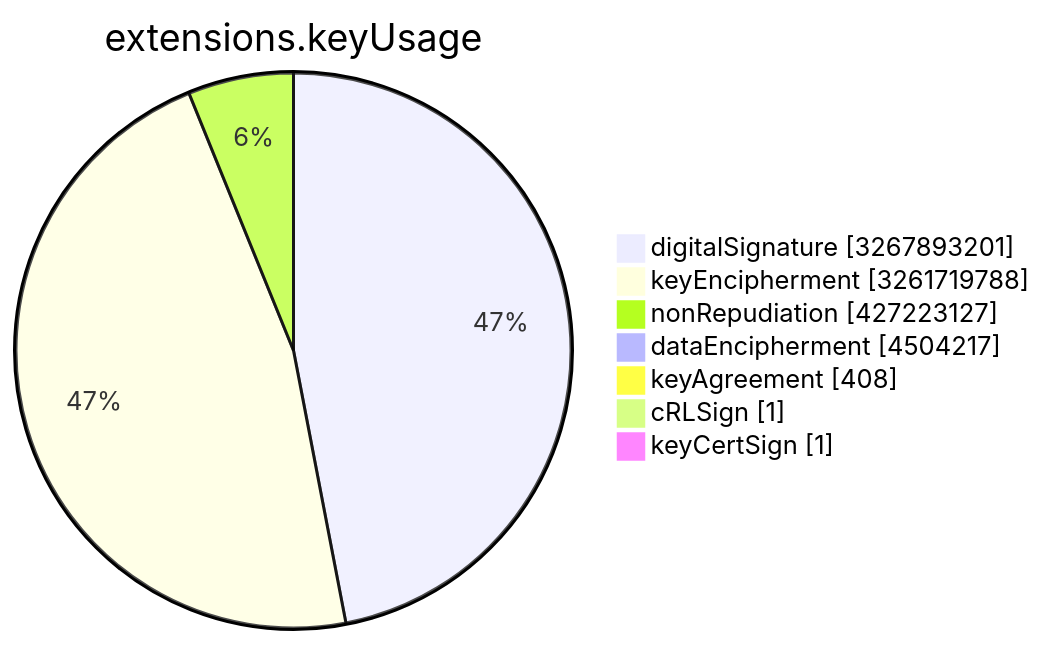
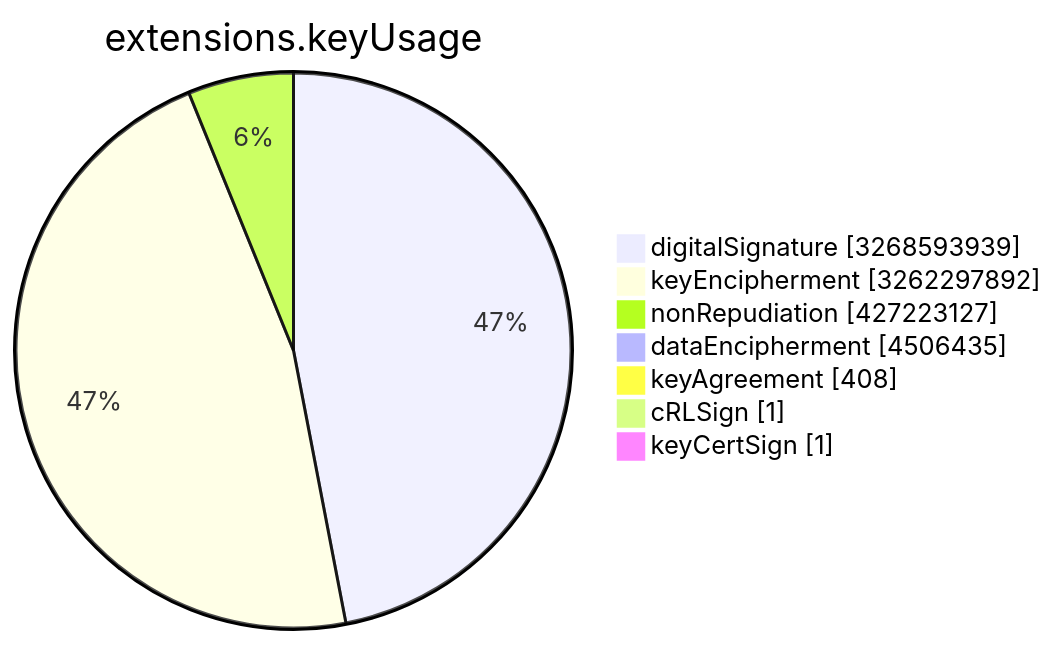
One commit to christiankrug/ctmonitor_visualization changed the sixth of 15 diagrams in TOTAL/README.md. Above: the diagram before and after it, drawn with Mermaid. The commit also changed other lines of this file, not shown here.

````diff
--- a/TOTAL/README.md
+++ b/TOTAL/README.md
@@ -3078,11 +3078,11 @@
 ```mermaid
 pie showData
 title extensions.keyUsage
-"digitalSignature" :3267893201
-"keyEncipherment" :3261719788
+"digitalSignature" :3268593939
+"keyEncipherment" :3262297892
 "nonRepudiation" :427223127
-"dataEncipherment" :4504217
+"dataEncipherment" :4506435
 "keyAgreement" :408
 "cRLSign" :1
 "keyCertSign" :1
 ```
````
